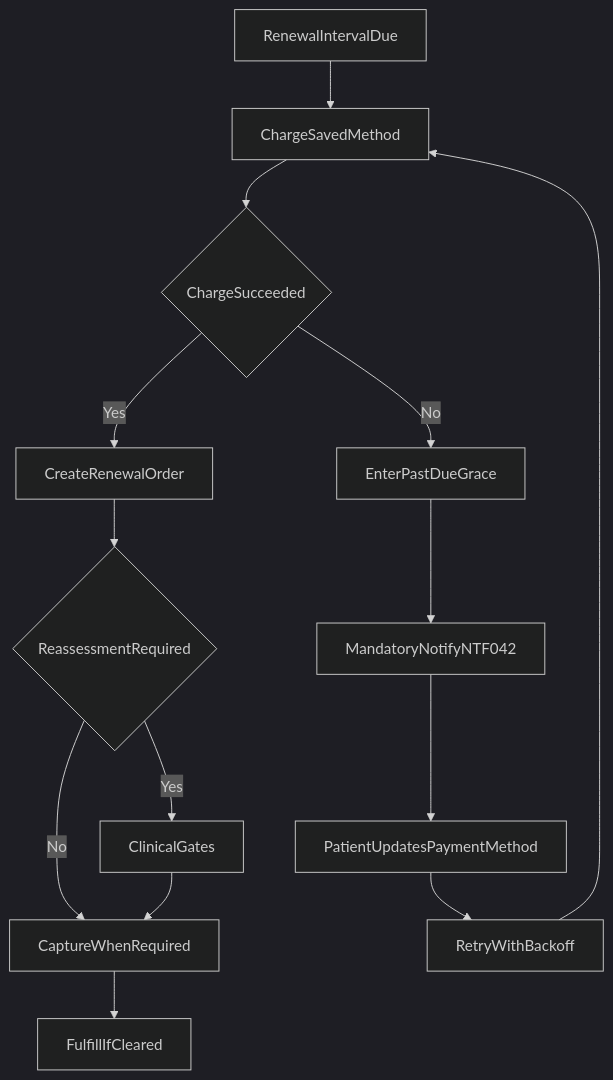
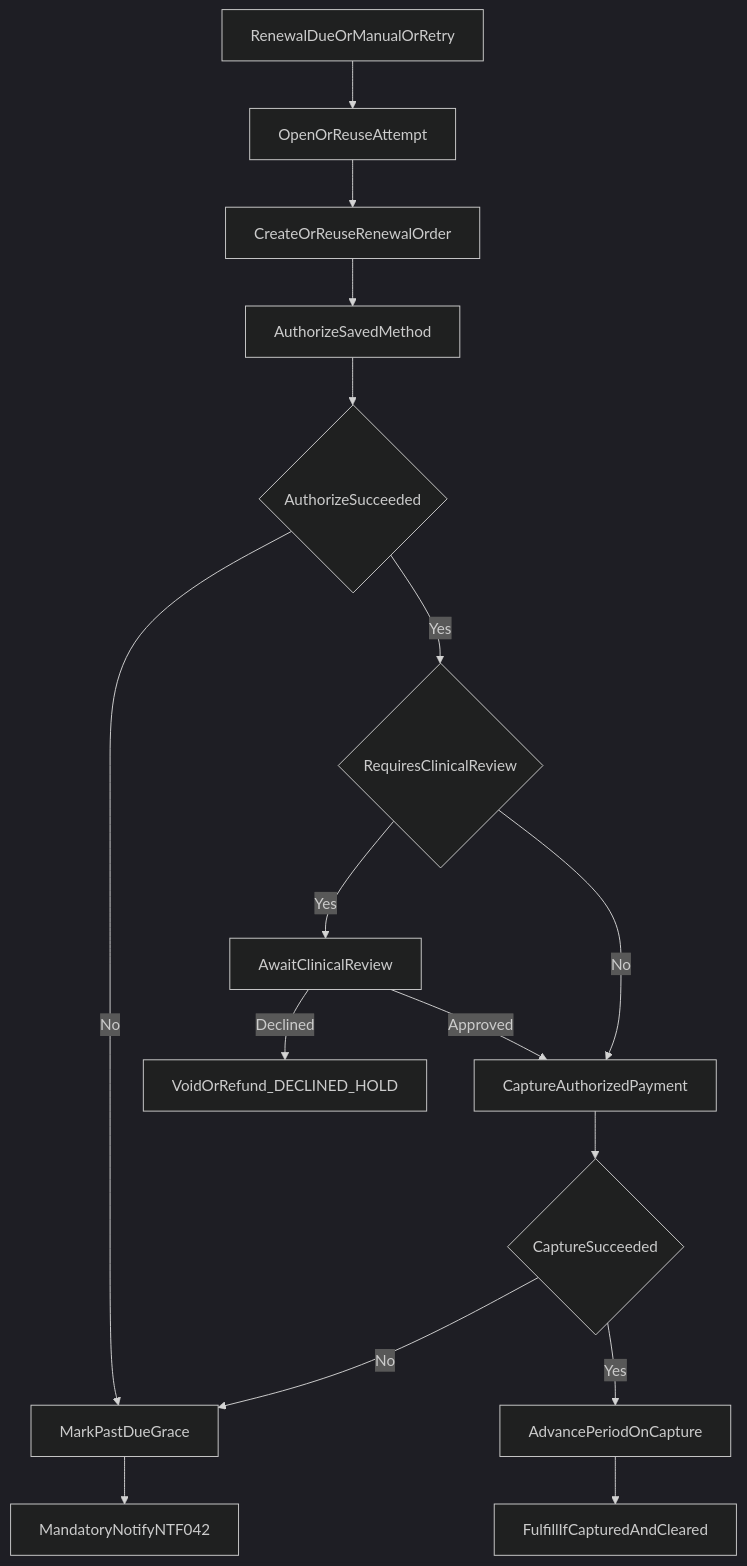
Before and after one commit to theabhissengar/clinexa-platform: the fourth of 7 diagrams in docs/15-payment-flow.md, drawn with Mermaid (dark theme). The commit also changed other lines of this file and 51 other files, not shown here.

````diff
--- a/docs/15-payment-flow.md
+++ b/docs/15-payment-flow.md
@@ -535,29 +544,28 @@
 ```mermaid
 flowchart TD
-  Due[RenewalIntervalDue]
-  Charge[ChargeSavedMethod]
-  Success{ChargeSucceeded}
-  Order[CreateRenewalOrder]
-  Reassess{ReassessmentRequired}
-  Clinical[ClinicalGates]
-  Capture[CaptureWhenRequired]
-  Fulfill[FulfillIfCleared]
-  Fail[EnterPastDueGrace]
+  Due[RenewalDueOrManualOrRetry]
+  Attempt[OpenOrReuseAttempt]
+  Order[CreateOrReuseRenewalOrder]
+  Auth[AuthorizeSavedMethod]
+  AuthOk{AuthorizeSucceeded}
+  Rx{RequiresClinicalReview}
+  Clinical[AwaitClinicalReview]
+  Capture[CaptureAuthorizedPayment]
+  CapOk{CaptureSucceeded}
+  Advance[AdvancePeriodOnCapture]
+  PastDue[MarkPastDueGrace]
   Notify[MandatoryNotifyNTF042]
-  UpdatePM[PatientUpdatesPaymentMethod]
-  Retry[RetryWithBackoff]
+  Decline[VoidOrRefund_DECLINED_HOLD]
+  Fulfill[FulfillIfCapturedAndCleared]
 
-  Due --> Charge
-  Charge --> Success
-  Success -->|Yes| Order
-  Order --> Reassess
-  Reassess -->|Yes| Clinical
-  Reassess -->|No| Capture
-  Clinical --> Capture
-  Capture --> Fulfill
-  Success -->|No| Fail
-  Fail --> Notify
-  Notify --> UpdatePM
-  UpdatePM --> Retry
-  Retry --> Charge
+  Due --> Attempt --> Order --> Auth --> AuthOk
+  AuthOk -->|No| PastDue --> Notify
+  AuthOk -->|Yes| Rx
+  Rx -->|Yes| Clinical
+  Clinical -->|Approved| Capture
+  Clinical -->|Declined| Decline
+  Rx -->|No| Capture
+  Capture --> CapOk
+  CapOk -->|Yes| Advance --> Fulfill
+  CapOk -->|No| PastDue
 ```
````
